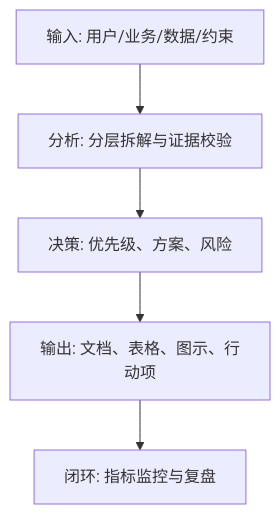
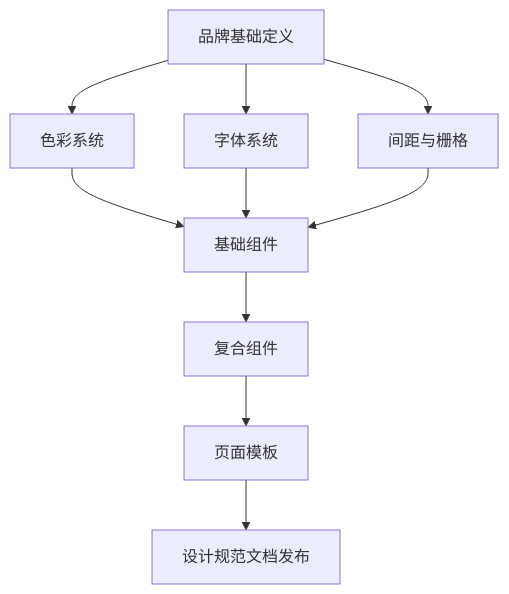
Before and after one commit to AgiWish/ai-system-prompts-cn: the diagram in AIPM/24_P4_UI设计规范_Design_System.md, drawn with Mermaid. The commit also changed other lines of this file and 22 other files, not shown here.

````diff
--- a/AIPM/24_P4_UI设计规范_Design_System.md
+++ b/AIPM/24_P4_UI设计规范_Design_System.md
@@ -146,7 +148,10 @@
 ```mermaid
 flowchart TD
-  A[输入: 用户/业务/数据/约束] --> B[分析: 分层拆解与证据校验]
-  B --> C[决策: 优先级、方案、风险]
-  C --> D[输出: 文档、表格、图示、行动项]
-  D --> E[闭环: 指标监控与复盘]
+  A[品牌基础定义] --> B[色彩系统]
+  A --> C[字体系统]
+  A --> D[间距与栅格]
+  B & C & D --> E[基础组件]
+  E --> F[复合组件]
+  F --> G[页面模板]
+  G --> H[设计规范文档发布]
 ```
````
